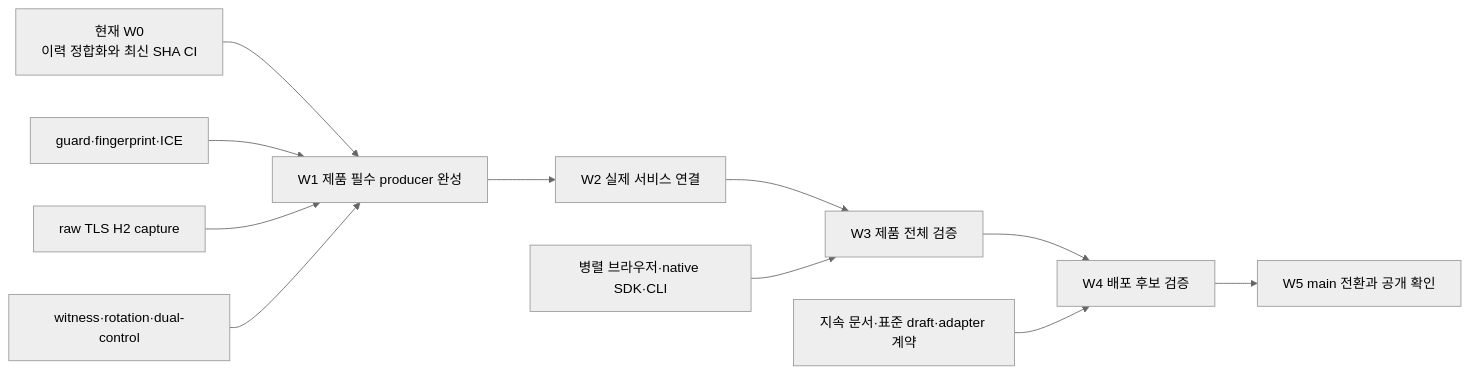
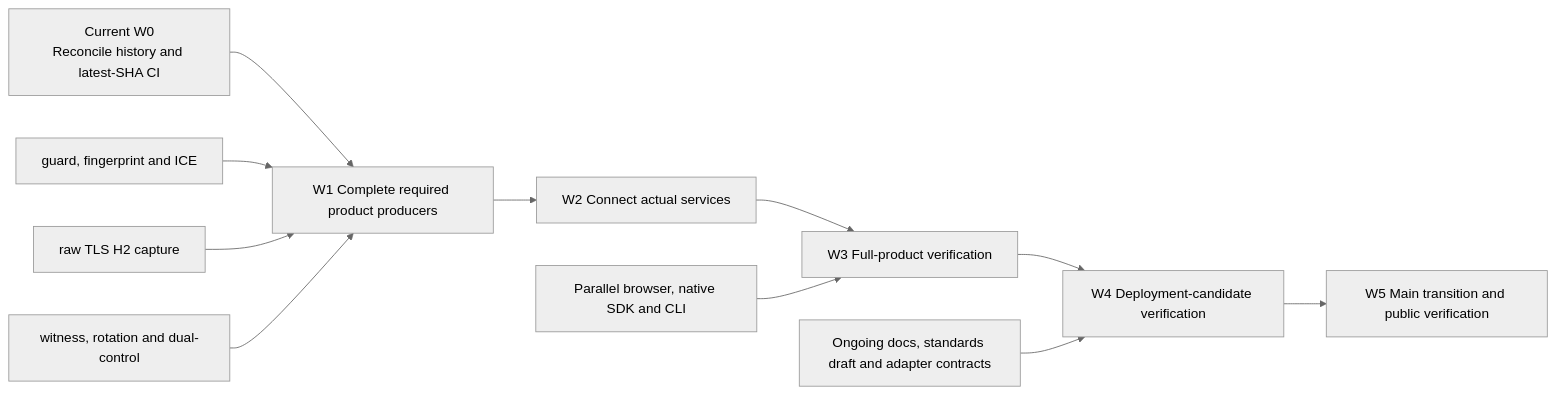
One commit to modootoday/humanymous changed the third of 3 diagrams in .spec/sot/program-roadmap.sot.md. Above: the diagram before and after it, drawn with Mermaid (neutral theme). The commit also changed other lines of this file and 1 other file, not shown here.

First line of the commit message:
docs(program): translate roadmap and record managed host exception

````diff
--- a/.spec/sot/program-roadmap.sot.md
+++ b/.spec/sot/program-roadmap.sot.md
@@ -414,13 +464,13 @@
 ```mermaid
 flowchart LR
-  W0[현재 W0<br/>이력 정합화와 최신 SHA CI] --> W1[W1 제품 필수 producer 완성]
-  W1 --> W2[W2 실제 서비스 연결]
-  W2 --> W3[W3 제품 전체 검증]
-  W3 --> W4[W4 배포 후보 검증]
-  W4 --> W5[W5 main 전환과 공개 확인]
-  G[guard·fingerprint·ICE] --> W1
+  W0[Current W0<br/>Reconcile history and latest-SHA CI] --> W1[W1 Complete required product producers]
+  W1 --> W2[W2 Connect actual services]
+  W2 --> W3[W3 Full-product verification]
+  W3 --> W4[W4 Deployment-candidate verification]
+  W4 --> W5[W5 Main transition and public verification]
+  G[guard, fingerprint and ICE] --> W1
   C[raw TLS H2 capture] --> W1
-  A[witness·rotation·dual-control] --> W1
-  B[병렬 브라우저·native SDK·CLI] --> W3
-  D[지속 문서·표준 draft·adapter 계약] --> W4
+  A[witness, rotation and dual-control] --> W1
+  B[Parallel browser, native SDK and CLI] --> W3
+  D[Ongoing docs, standards draft and adapter contracts] --> W4
 ```
````
